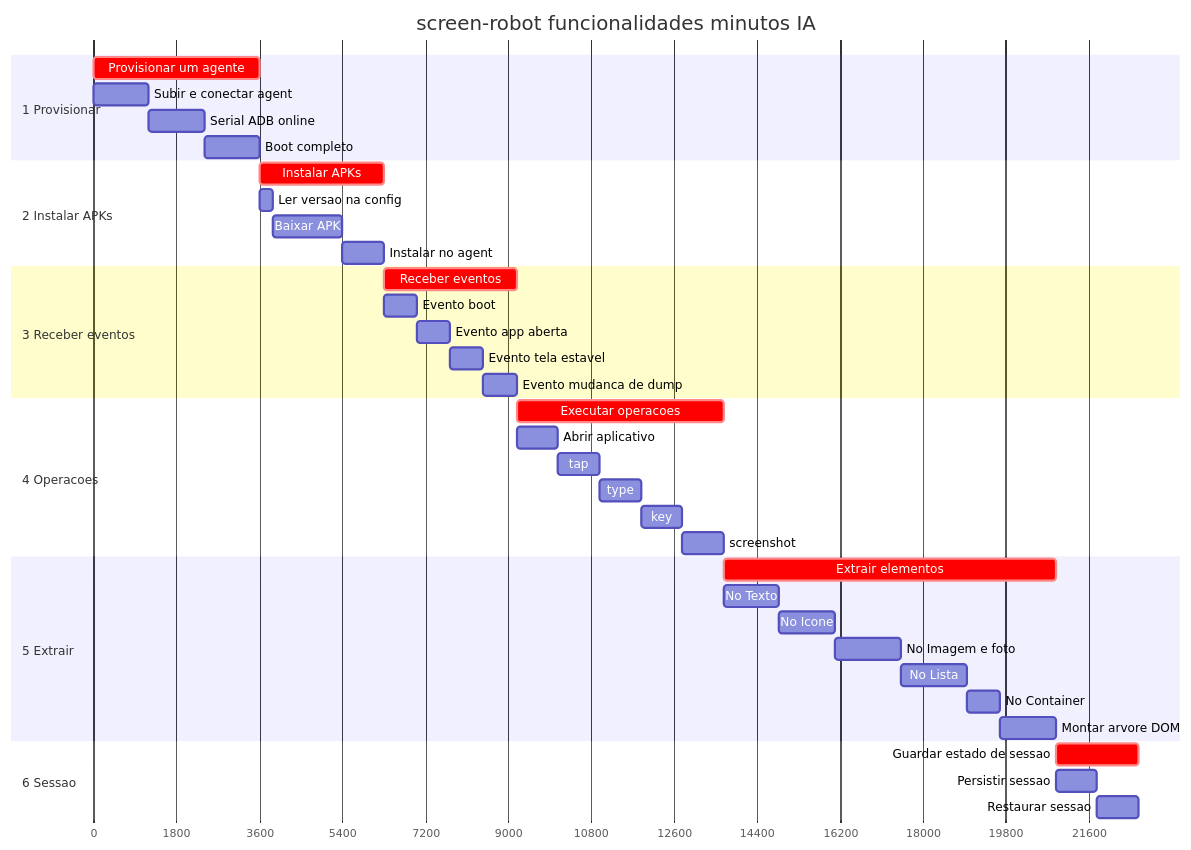
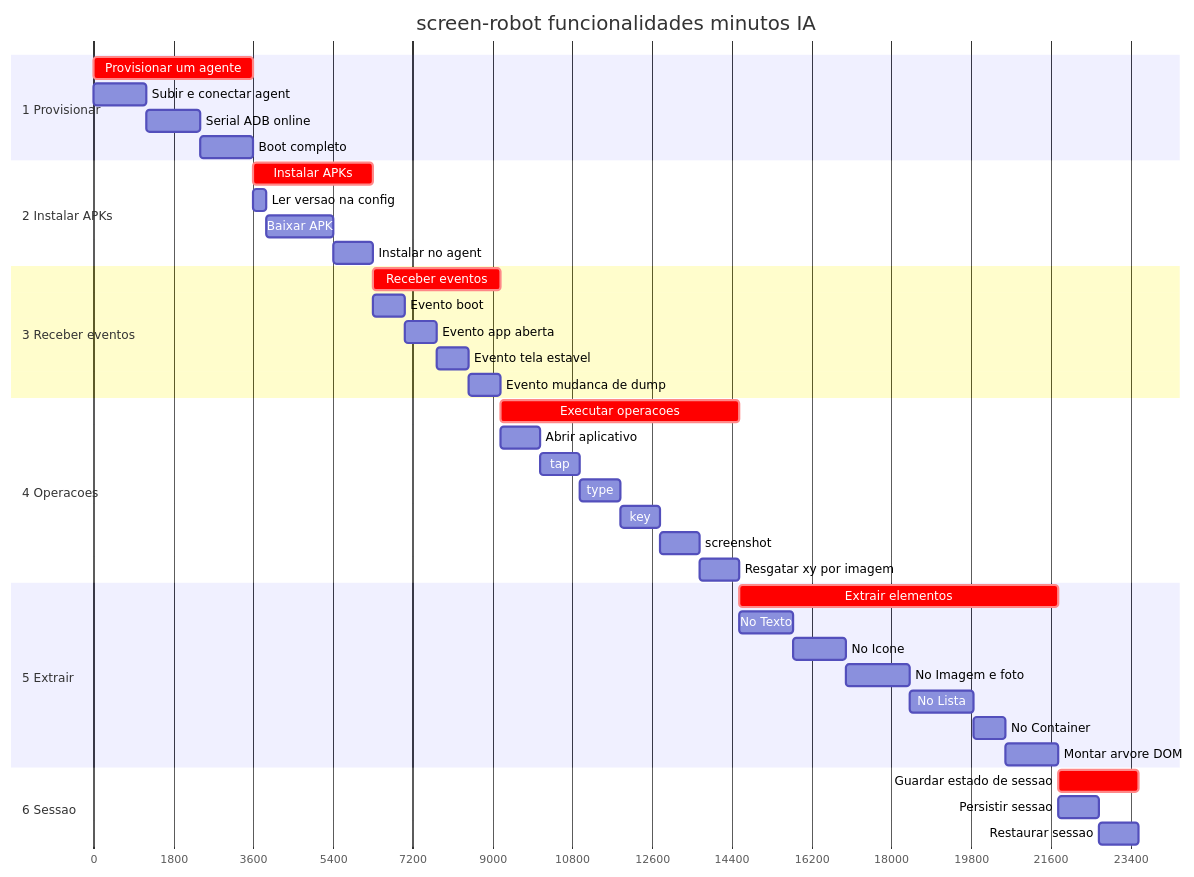
Before and after one commit to laerciogermano/workstation: the second of 3 diagrams in core/tasks/README.md, drawn with Mermaid. The commit also changed other lines of this file and 2 other files, not shown here.

First line of the commit message:
Adiciona resgate de coordenadas x,y a partir de imagem nas operações.

````diff
--- a/core/tasks/README.md
+++ b/core/tasks/README.md
@@ -94,47 +96,48 @@
 ```mermaid
 gantt
   title screen-robot funcionalidades minutos IA
   dateFormat X
   axisFormat %s
 
   section 1 Provisionar
   Provisionar um agente     :crit, p0, 0, 60m
   Subir e conectar agent    :p1, 0, 20m
   Serial ADB online         :p2, after p1, 20m
   Boot completo             :p3, after p2, 20m
 
   section 2 Instalar APKs
   Instalar APKs             :crit, i0, after p0, 45m
   Ler versao na config      :i1, after p0, 5m
   Baixar APK                :i2, after i1, 25m
   Instalar no agent         :i3, after i2, 15m
 
   section 3 Receber eventos
   Receber eventos           :crit, e0, after i0, 48m
   Evento boot               :e1, after i0, 12m
   Evento app aberta         :e2, after e1, 12m
   Evento tela estavel       :e3, after e2, 12m
   Evento mudanca de dump    :e4, after e3, 12m
 
   section 4 Operacoes
-  Executar operacoes        :crit, o0, after e0, 75m
+  Executar operacoes        :crit, o0, after e0, 90m
   Abrir aplicativo          :o1, after e0, 15m
   tap                       :o2, after o1, 15m
   type                      :o3, after o2, 15m
   key                       :o4, after o3, 15m
   screenshot                :o5, after o4, 15m
+  Resgatar xy por imagem    :o6, after o5, 15m
 
   section 5 Extrair
   Extrair elementos         :crit, x0, after o0, 120m
   No Texto                  :x1, after o0, 20m
   No Icone                  :x2, after x1, 20m
   No Imagem e foto          :x3, after x2, 24m
   No Lista                  :x4, after x3, 24m
   No Container              :x5, after x4, 12m
   Montar arvore DOM         :x6, after x5, 20m
 
   section 6 Sessao
   Guardar estado de sessao  :crit, s0, after x0, 30m
   Persistir sessao          :s1, after x0, 15m
   Restaurar sessao          :s2, after s1, 15m
 ```
````
